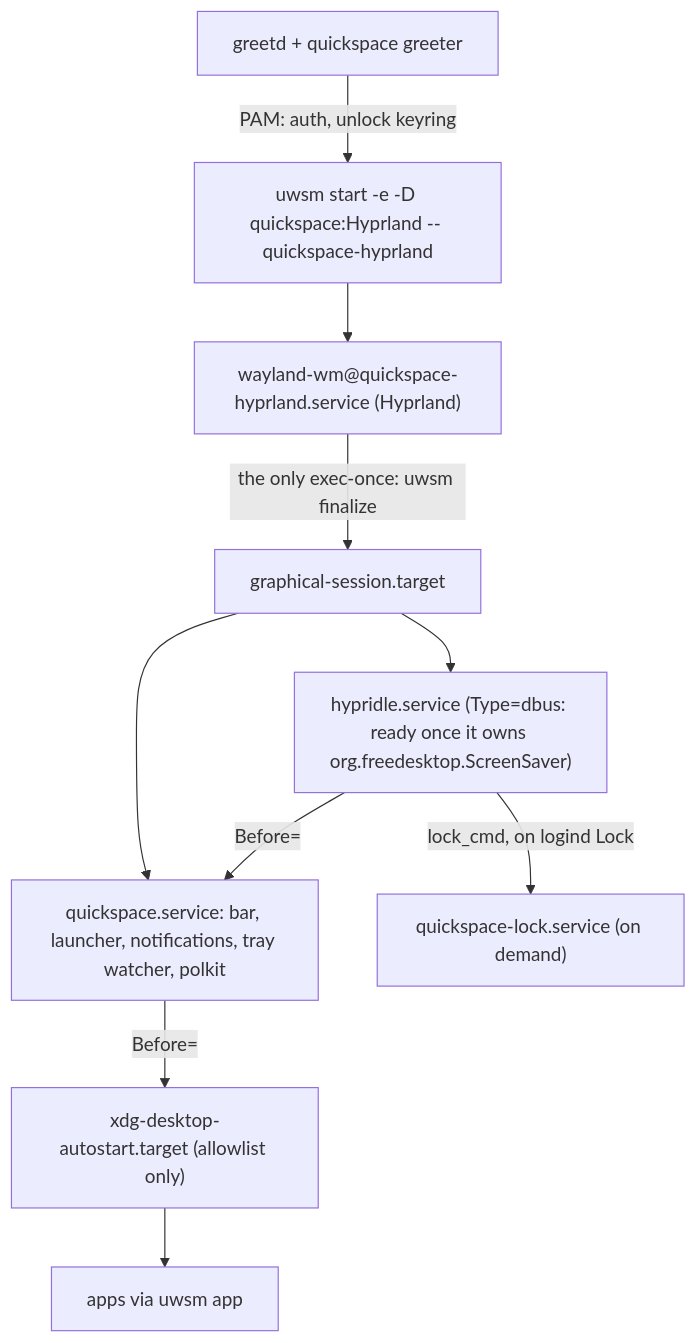
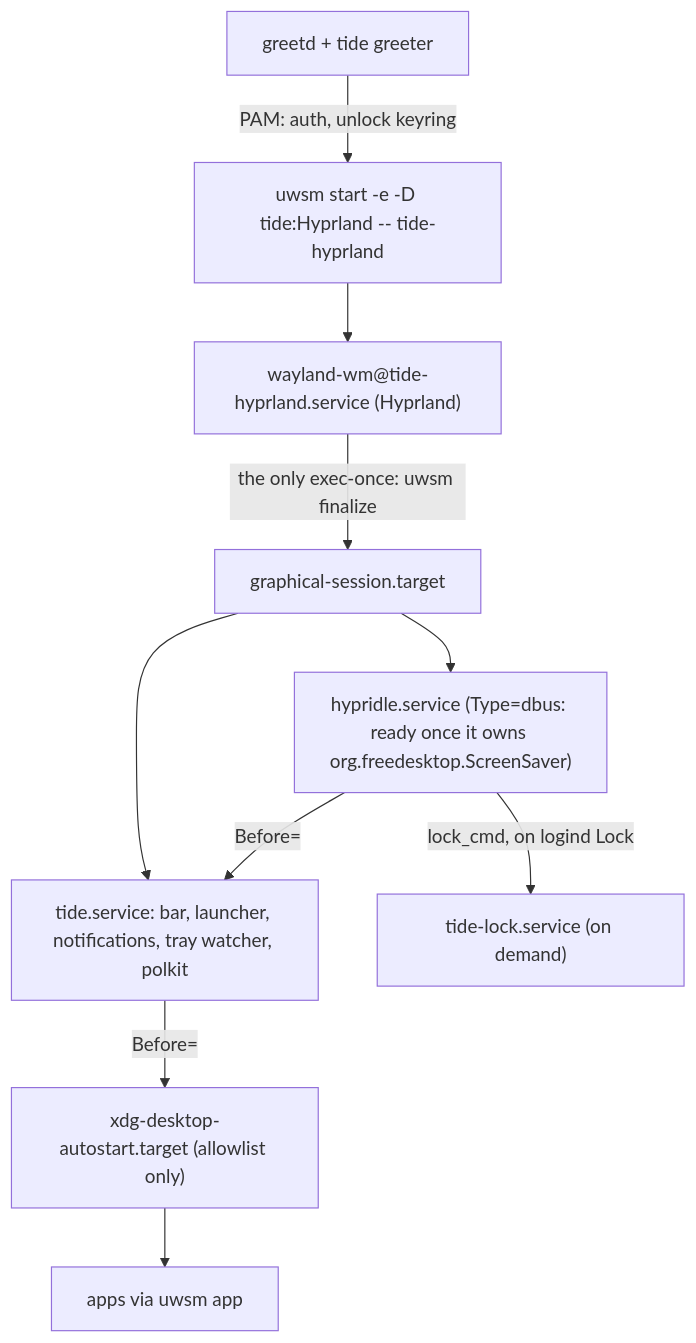
The diagram in SPEC.md (mikelward/quickspace), drawn with Mermaid before and after one commit. The commit also changed other lines of this file and 78 other files, not shown here.

First line of the commit message:
rename quickspace to tide

````diff
--- a/SPEC.md
+++ b/SPEC.md
@@ -345,12 +345,12 @@
 ```mermaid
 flowchart TD
-  G[greetd + quickspace greeter] -->|PAM: auth, unlock keyring| U["uwsm start -e -D quickspace:Hyprland -- quickspace-hyprland"]
-  U --> W["wayland-wm@quickspace-hyprland.service (Hyprland)"]
+  G[greetd + tide greeter] -->|PAM: auth, unlock keyring| U["uwsm start -e -D tide:Hyprland -- tide-hyprland"]
+  U --> W["wayland-wm@tide-hyprland.service (Hyprland)"]
   W -->|"the only exec-once: uwsm finalize"| GS[graphical-session.target]
-  GS --> Q["quickspace.service: bar, launcher, notifications, tray watcher, polkit"]
+  GS --> Q["tide.service: bar, launcher, notifications, tray watcher, polkit"]
   GS --> I["hypridle.service (Type=dbus: ready once it owns org.freedesktop.ScreenSaver)"]
-  I -->|"lock_cmd, on logind Lock"| L["quickspace-lock.service (on demand)"]
+  I -->|"lock_cmd, on logind Lock"| L["tide-lock.service (on demand)"]
   I -->|Before=| Q
   Q -->|Before=| A["xdg-desktop-autostart.target (allowlist only)"]
   A --> APPS[apps via uwsm app]
 ```
````
